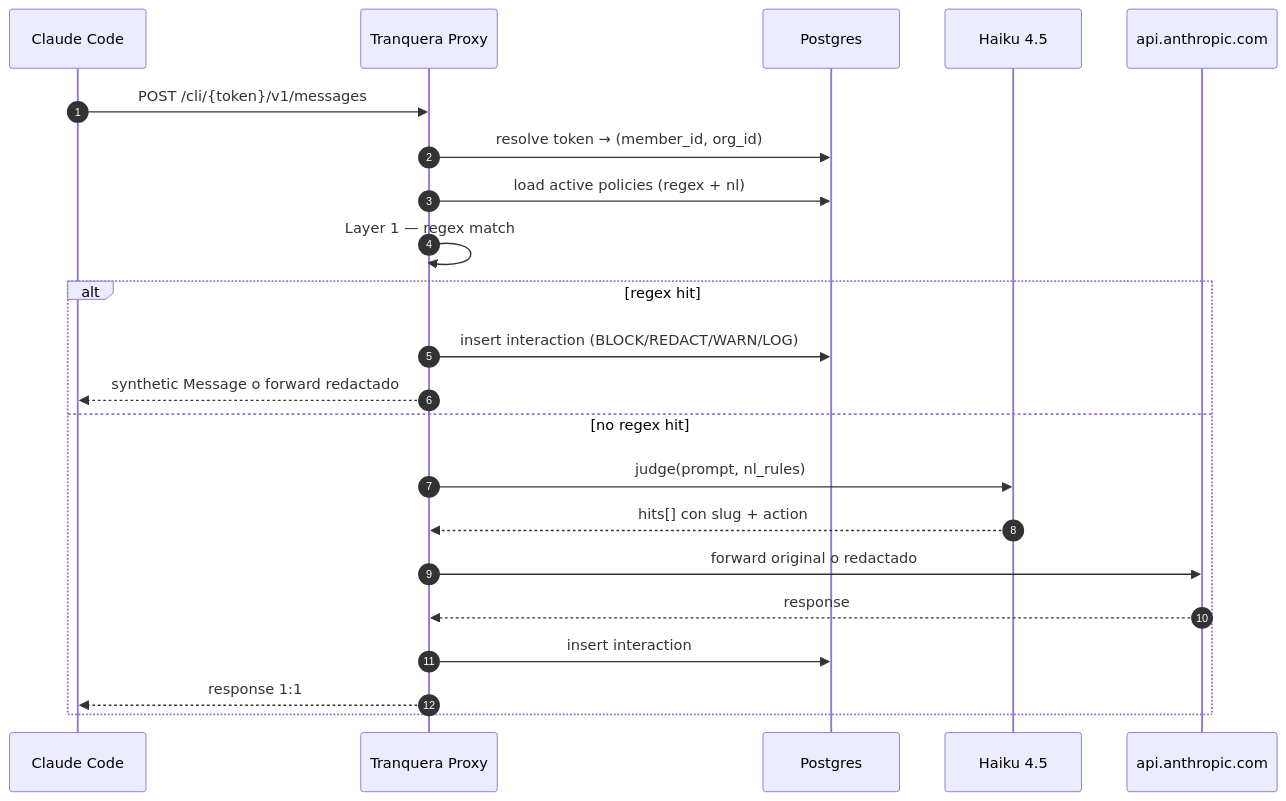
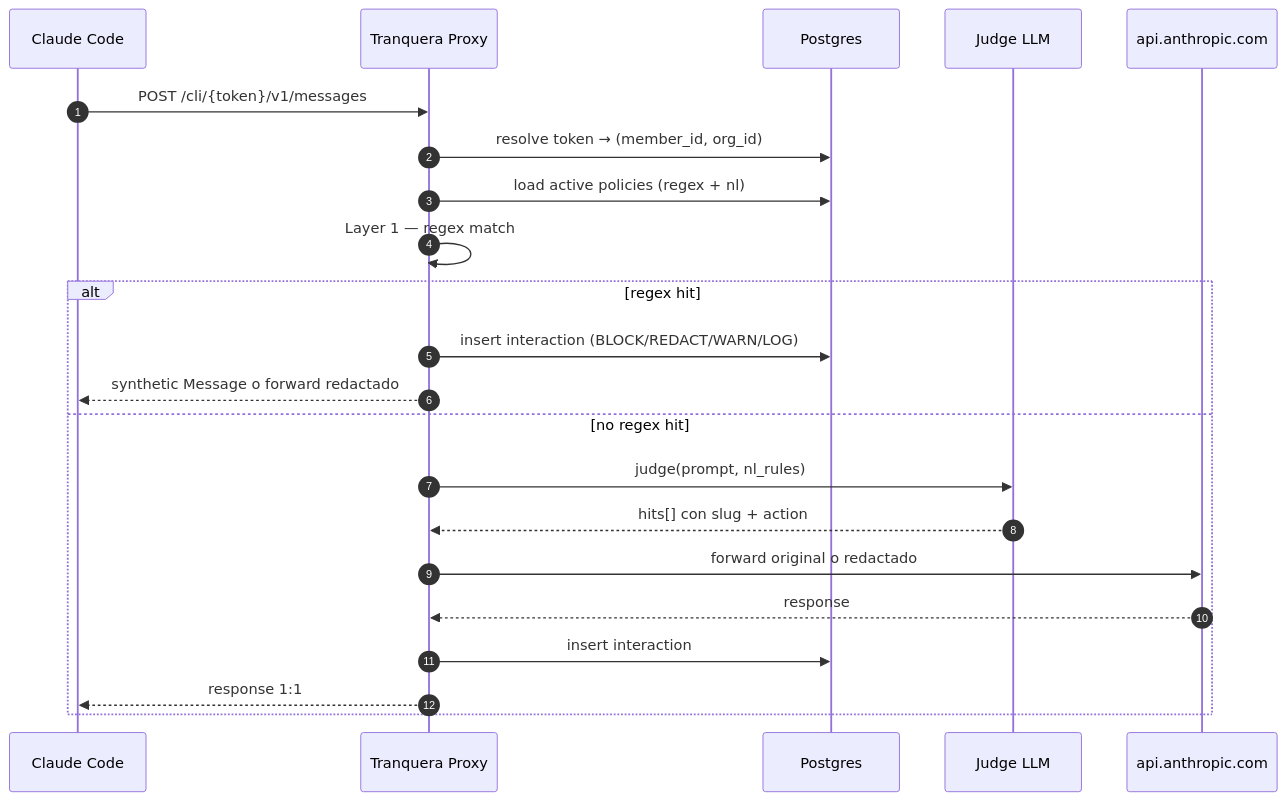
Before and after one commit to ram4-dev/security_agent_middleware: the third of 4 diagrams in README.md, drawn with Mermaid. The commit also changed other lines of this file and 13 other files, not shown here.

````diff
--- a/README.md
+++ b/README.md
@@ -165,25 +165,25 @@
 ```mermaid
 sequenceDiagram
     autonumber
     participant CC as Claude Code
     participant Px as Tranquera Proxy
     participant DB as Postgres
-    participant H as Haiku 4.5
+    participant H as Judge LLM
     participant A as api.anthropic.com
 
     CC->>Px: POST /cli/{token}/v1/messages
     Px->>DB: resolve token → (member_id, org_id)
     Px->>DB: load active policies (regex + nl)
     Px->>Px: Layer 1 — regex match
     alt regex hit
         Px->>DB: insert interaction (BLOCK/REDACT/WARN/LOG)
         Px-->>CC: synthetic Message o forward redactado
     else no regex hit
         Px->>H: judge(prompt, nl_rules)
         H-->>Px: hits[] con slug + action
         Px->>A: forward original o redactado
         A-->>Px: response
         Px->>DB: insert interaction
         Px-->>CC: response 1:1
     end
 ```
````
